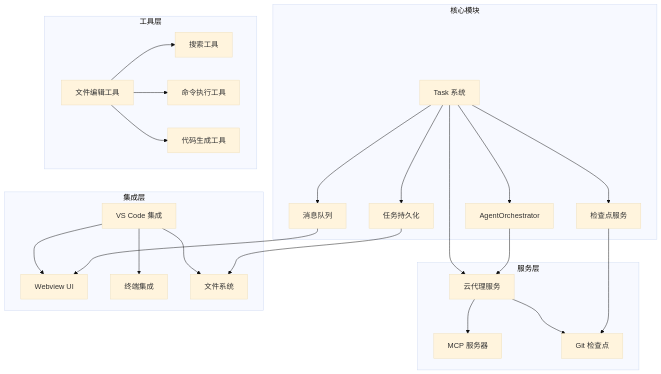
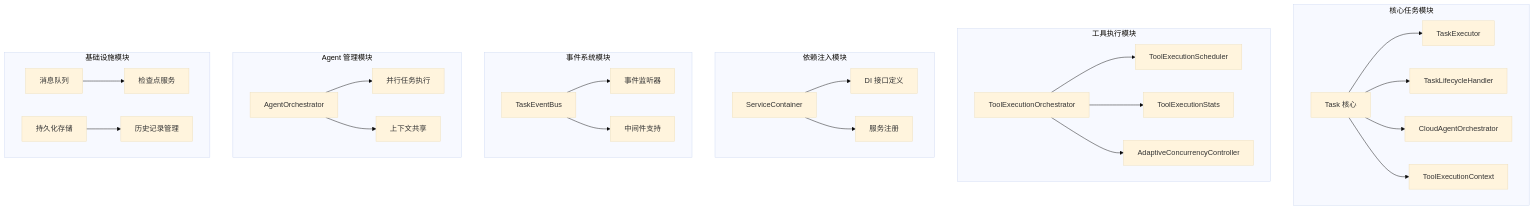
Before and after one commit to JunjieChen0/NJUST: the first of 13 diagrams in .qoder/repowiki/zh/content/项目概述/核心功能特性/任务管理系统/任务管理系统.md, drawn with Mermaid (base theme). The commit also changed other lines of this file and 37 other files, not shown here.

````diff
--- a/.qoder/repowiki/zh/content/项目概述/核心功能特性/任务管理系统/任务管理系统.md
+++ b/.qoder/repowiki/zh/content/项目概述/核心功能特性/任务管理系统/任务管理系统.md
@@ -45,28 +67,30 @@
 ```mermaid
 graph TB
-subgraph "核心模块"
-A[Task 系统] --> B[AgentOrchestrator]
-A --> C[任务持久化]
-A --> D[消息队列]
-A --> E[检查点服务]
+subgraph "核心任务模块"
+A[Task 核心] --> B[TaskExecutor]
+A --> C[TaskLifecycleHandler]
+A --> D[CloudAgentOrchestrator]
+A --> E[ToolExecutionContext]
 end
-subgraph "服务层"
-F[云代理服务] --> G[MCP 服务器]
-F --> H[Git 检查点]
+subgraph "工具执行模块"
+F[ToolExecutionOrchestrator] --> G[ToolExecutionScheduler]
+F --> H[ToolExecutionStats]
+F --> I[AdaptiveConcurrencyController]
 end
-subgraph "集成层"
-I[VS Code 集成] --> J[Webview UI]
-I --> K[终端集成]
-I --> L[文件系统]
+subgraph "依赖注入模块"
+J[ServiceContainer] --> K[DI 接口定义]
+J --> L[服务注册]
 end
-subgraph "工具层"
-M[文件编辑工具] --> N[搜索工具]
-M --> O[命令执行工具]
-M --> P[代码生成工具]
+subgraph "事件系统模块"
+M[TaskEventBus] --> N[事件监听器]
+M --> O[中间件支持]
 end
-A --> F
-B --> F
-C --> L
-D --> J
-E --> H
+subgraph "Agent 管理模块"
+P[AgentOrchestrator] --> Q[并行任务执行]
+P --> R[上下文共享]
+end
+subgraph "基础设施模块"
+S[消息队列] --> T[检查点服务]
+U[持久化存储] --> V[历史记录管理]
+end
 ```
````
